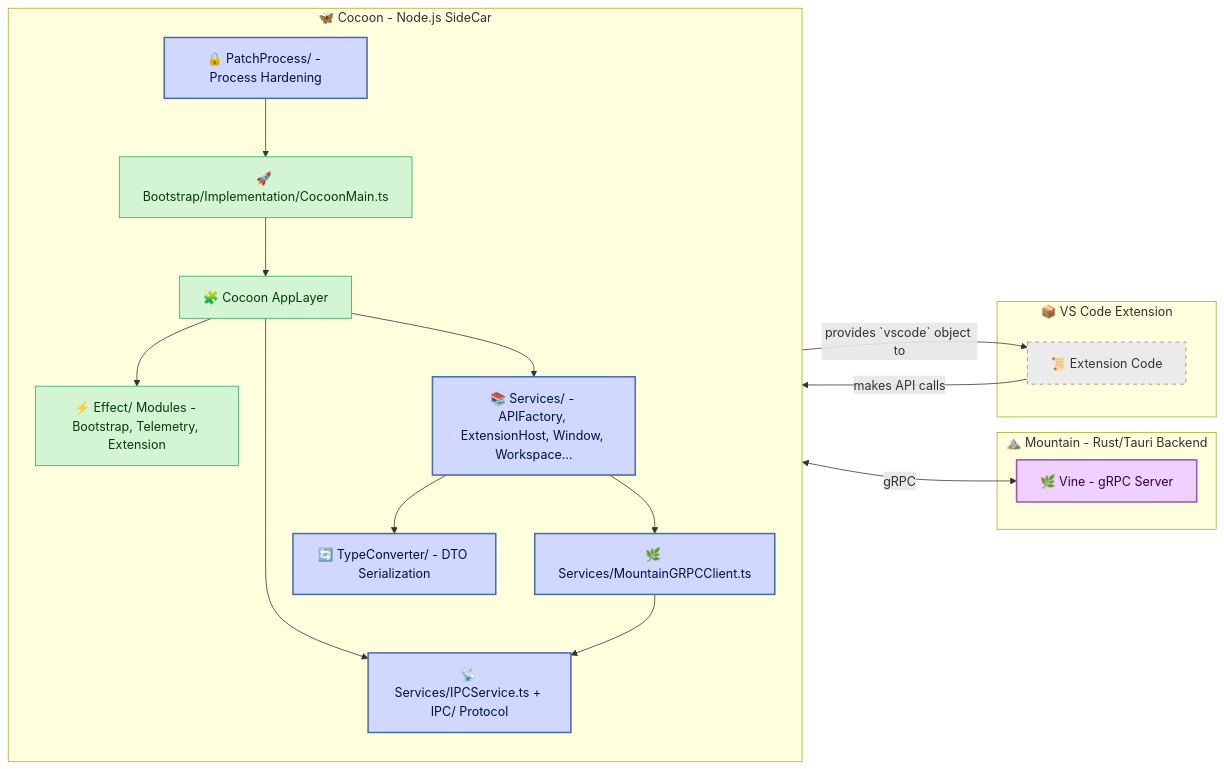
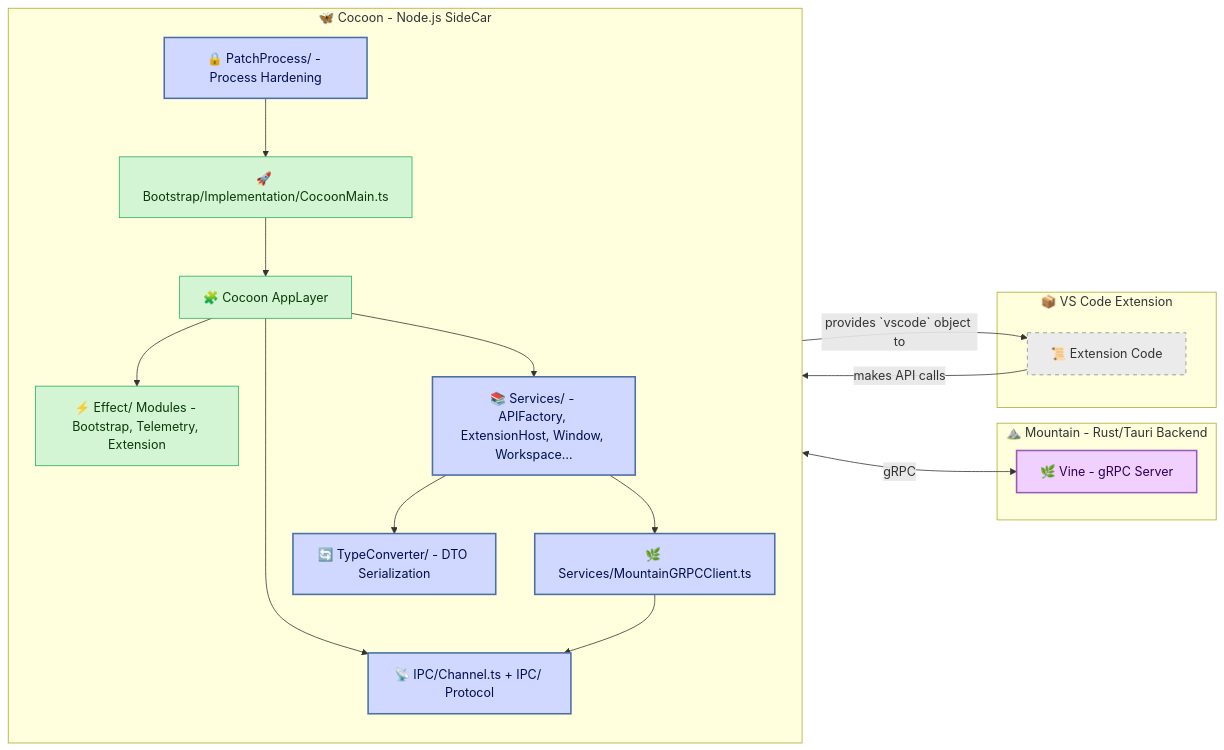
One commit to CodeEditorLand/Cocoon changed the diagram in README.md. Above: the diagram before and after it, drawn with Mermaid. The commit also changed other lines of this file and 558 other files, not shown here.

````diff
--- a/README.md
+++ b/README.md
@@ -162,40 +162,40 @@
 ```mermaid
 graph LR
     classDef mountain fill:#f0d0ff,stroke:#9b59b6,stroke-width:2px,color:#2c0050;
     classDef cocoon   fill:#d0d8ff,stroke:#4a6fa5,stroke-width:2px,color:#001050;
     classDef effectts fill:#d4f5d4,stroke:#27ae60,stroke-width:1px,color:#0a3a0a;
     classDef vscode   fill:#ebebeb,stroke:#888,stroke-width:1px,stroke-dasharray:5 5,color:#333;
 
     subgraph "🦋 Cocoon - Node.js SideCar"
         direction TB
         Bootstrap["🚀 Bootstrap/Implementation/CocoonMain.ts"]:::effectts
         AppLayer["🧩 Cocoon AppLayer"]:::effectts
         EffectModules["⚡ Effect/ Modules - Bootstrap, Telemetry, Extension"]:::effectts
         PatchProcess["🔒 PatchProcess/ - Process Hardening"]:::cocoon
         APIServices["📚 Services/ - APIFactory, ExtensionHost, Window, Workspace…"]:::cocoon
-        IPCService["📡 Services/IPCService.ts + IPC/ Protocol"]:::cocoon
+        IPCService["📡 IPC/Channel.ts + IPC/ Protocol"]:::cocoon
         GRPCClient["🌿 Services/MountainGRPCClient.ts"]:::cocoon
         TypeConverter["🔄 TypeConverter/ - DTO Serialization"]:::cocoon
 
         Bootstrap --> AppLayer
         AppLayer --> EffectModules
         AppLayer --> APIServices
         AppLayer --> IPCService
         APIServices --> GRPCClient
         APIServices --> TypeConverter
         GRPCClient --> IPCService
         PatchProcess --> Bootstrap
     end
 
     subgraph "⛰️ Mountain - Rust/Tauri Backend"
         VineGRPC["🌿 Vine - gRPC Server"]:::mountain
     end
 
     subgraph "📦 VS Code Extension"
         ExtensionCode["📜 Extension Code"]:::vscode
     end
 
     APIServices -- provides `vscode` object to --> ExtensionCode
     ExtensionCode -- makes API calls --> APIServices
     GRPCClient <-- gRPC --> VineGRPC
 ```
````
